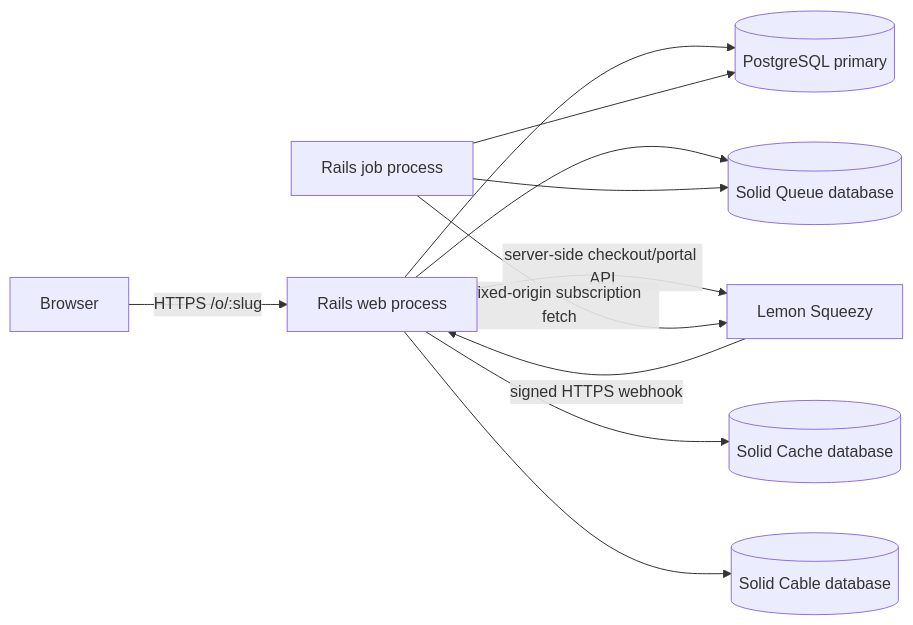
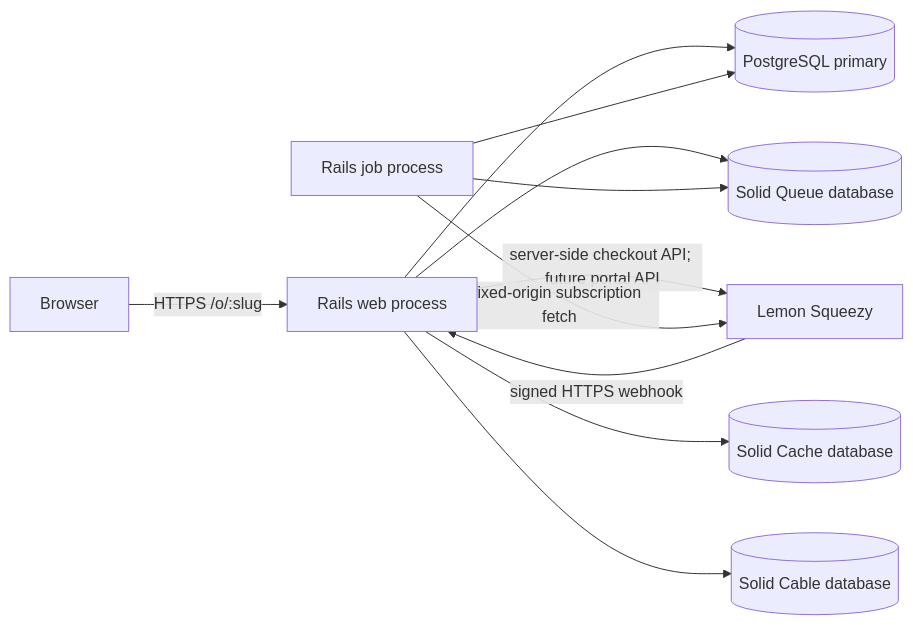
One commit to alekpopovic/RailsSass changed the first of 2 diagrams in docs/architecture.md. Above: the diagram before and after it, drawn with Mermaid. The commit also changed other lines of this file and 56 other files, not shown here.

Commit message:
feat(billing): implement tenant-safe Lemon Squeezy checkout

````diff
--- a/docs/architecture.md
+++ b/docs/architecture.md
@@ -58,13 +60,13 @@
 ```mermaid
 flowchart LR
   Browser[Browser] -->|HTTPS /o/:slug| Web[Rails web process]
   Lemon[Lemon Squeezy] -->|signed HTTPS webhook| Web
   Web --> Primary[(PostgreSQL primary)]
   Web --> Queue[(Solid Queue database)]
   Worker[Rails job process] --> Queue
   Worker --> Primary
-  Web -->|server-side checkout/portal API| Lemon
+  Web -->|server-side checkout API; future portal API| Lemon
   Worker -->|fixed-origin subscription fetch| Lemon
   Web --> Cache[(Solid Cache database)]
   Web --> Cable[(Solid Cable database)]
 ```
````
